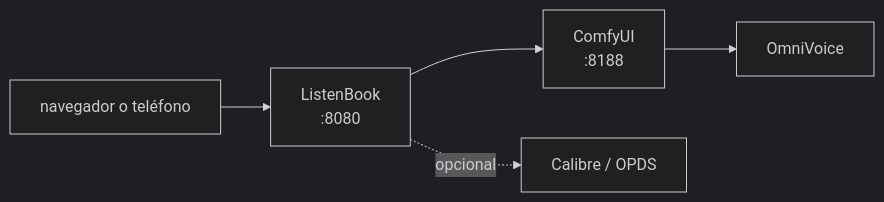
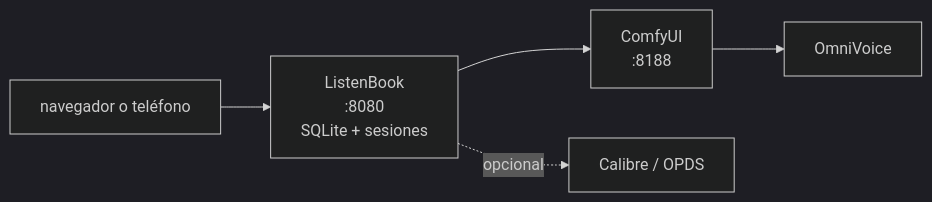
One commit to markusplus/ListenBook changed the diagram in README.md. Above: the diagram before and after it, drawn with Mermaid (dark theme). The commit also changed other lines of this file and 9 other files, not shown here.

```diff
--- a/README.md
+++ b/README.md
@@ -55,7 +55,7 @@
 ~~~mermaid
 flowchart LR
-    Browser[ navegador o teléfono ] --> ListenBook[ ListenBook<br/>:8080 ]
+    Browser[ navegador o teléfono ] --> ListenBook[ ListenBook<br/>:8080<br/>SQLite + sesiones ]
     ListenBook --> ComfyUI[ ComfyUI<br/>:8188 ]
     ComfyUI --> OmniVoice[ OmniVoice ]
     ListenBook -. opcional .-> Calibre[ Calibre / OPDS ]
 ~~~
```
